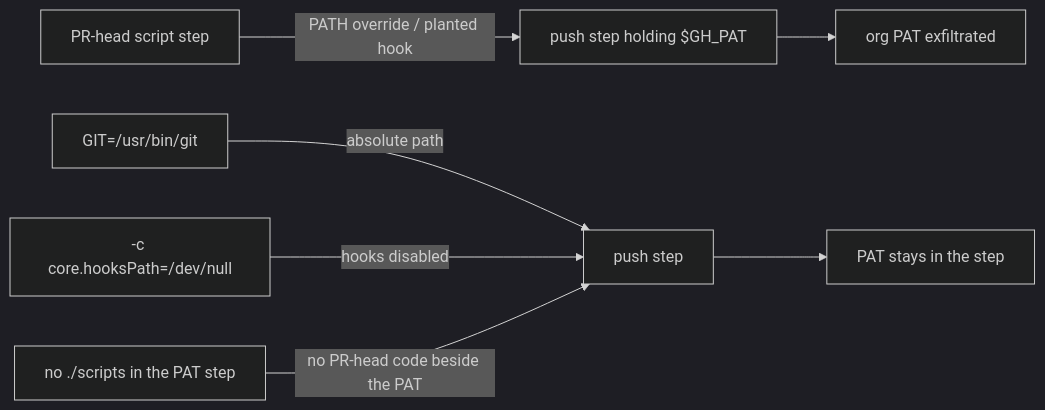
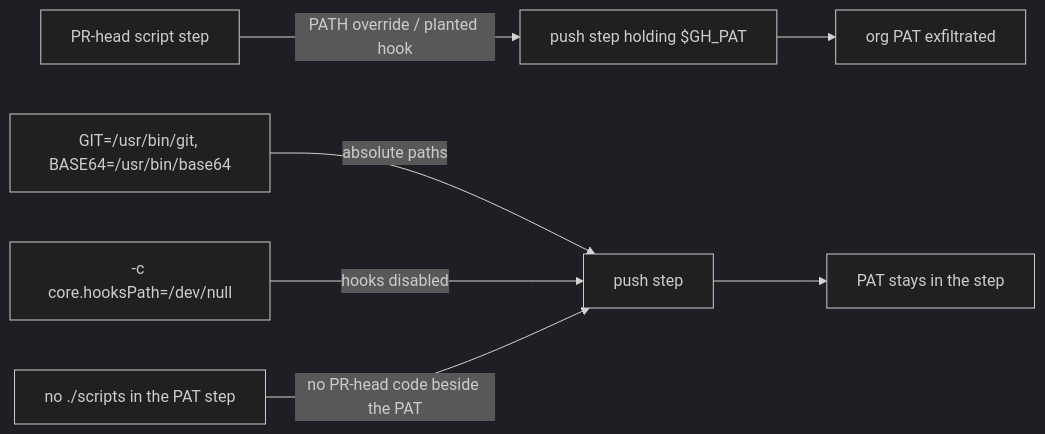
Diagram 11 of 13 in README.md (stSoftwareAU/NEAT-AI-scorer), drawn with Mermaid (dark theme) before and after one commit. The commit also changed other lines of this file and 6 other files, not shown here.

First line of the commit message:
security: pin base64 alongside git in PAT-bearing push steps (Issue #497)

````diff
--- a/README.md
+++ b/README.md
@@ -893,9 +893,9 @@
 ```mermaid
 flowchart LR
     A[PR-head script step] -->|PATH override / planted hook| B[push step holding $GH_PAT]
     B --> C[org PAT exfiltrated]
-    D["GIT=/usr/bin/git"] -->|absolute path| E[push step]
+    D["GIT=/usr/bin/git, BASE64=/usr/bin/base64"] -->|absolute paths| E[push step]
     F["-c core.hooksPath=/dev/null"] -->|hooks disabled| E
     G[no ./scripts in the PAT step] -->|no PR-head code beside the PAT| E
     E --> H[PAT stays in the step]
 ```
````
